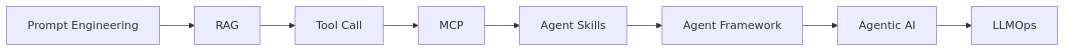
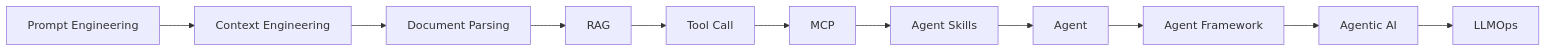
One commit to simjaecheol/all-about-llm changed the first of 7 diagrams in README.md. Above: the diagram before and after it, drawn with Mermaid. The commit also changed other lines of this file and 5 other files, not shown here.

````diff
--- a/README.md
+++ b/README.md
@@ -16,10 +16,13 @@
 ```mermaid
 flowchart LR
-    A[Prompt Engineering] --> B[RAG]
-    B --> C[Tool Call]
-    C --> D[MCP]
-    D --> E[Agent Skills]
-    E --> F[Agent Framework]
-    F --> G[Agentic AI]
-    G --> H[LLMOps]
+    A[Prompt Engineering] --> B[Context Engineering]
+    B --> C[Document Parsing]
+    C --> D[RAG]
+    D --> E[Tool Call]
+    E --> F[MCP]
+    F --> G[Agent Skills]
+    G --> H[Agent]
+    H --> I[Agent Framework]
+    I --> J[Agentic AI]
+    J --> K[LLMOps]
 ```
````
